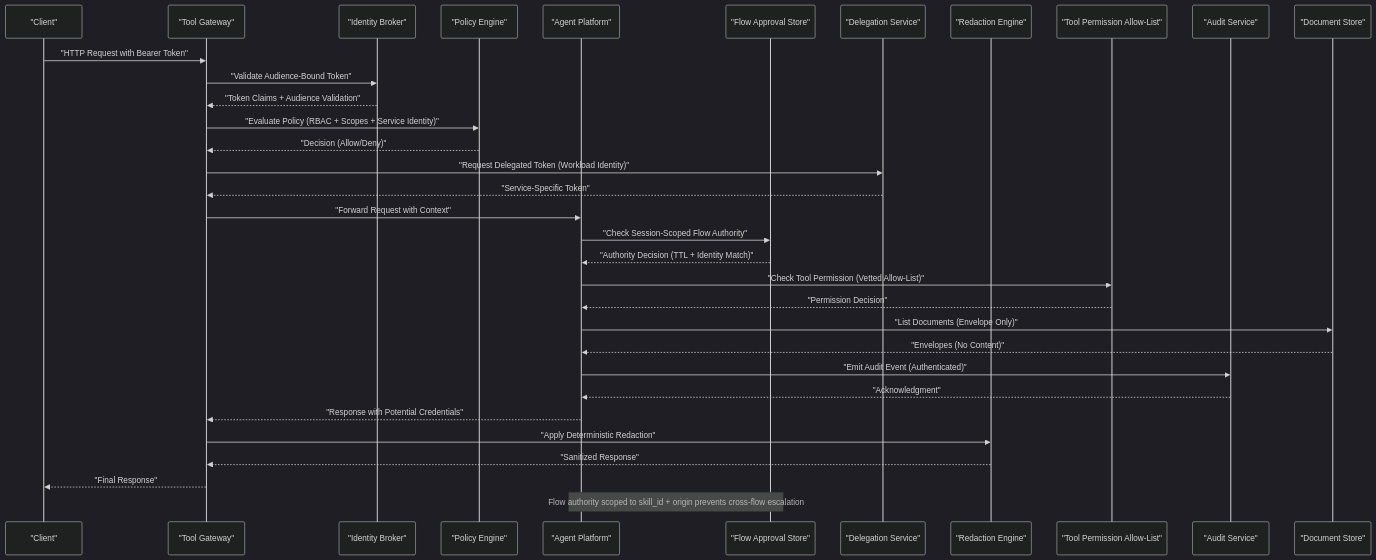
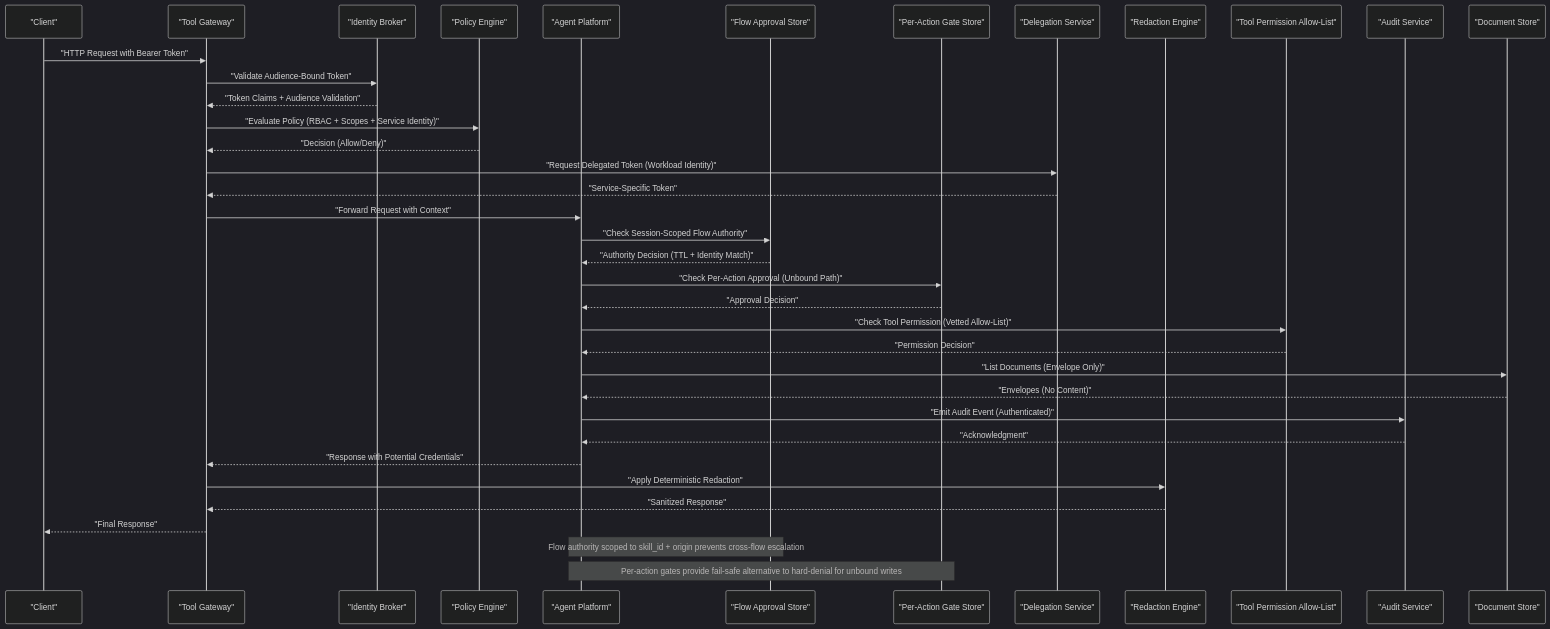
Before and after one commit to metasync/luban-aiops: the second of 12 diagrams in .qoder/repowiki/en/content/Security Guide/Security Guide.md, drawn with Mermaid (dark theme). The commit also changed other lines of this file and 24 other files, not shown here.

````diff
--- a/.qoder/repowiki/en/content/Security Guide/Security Guide.md
+++ b/.qoder/repowiki/en/content/Security Guide/Security Guide.md
@@ -153,35 +159,39 @@
 ```mermaid
 sequenceDiagram
 participant Client as "Client"
 participant Gateway as "Tool Gateway"
 participant Broker as "Identity Broker"
 participant Policy as "Policy Engine"
 participant Agent as "Agent Platform"
 participant FlowStore as "Flow Approval Store"
+participant PerAction as "Per-Action Gate Store"
 participant Delegation as "Delegation Service"
 participant Redaction as "Redaction Engine"
 participant AllowList as "Tool Permission Allow-List"
 participant AuditService as "Audit Service"
 participant DocStore as "Document Store"
 Client->>Gateway : "HTTP Request with Bearer Token"
 Gateway->>Broker : "Validate Audience-Bound Token"
 Broker-->>Gateway : "Token Claims + Audience Validation"
 Gateway->>Policy : "Evaluate Policy (RBAC + Scopes + Service Identity)"
 Policy-->>Gateway : "Decision (Allow/Deny)"
 Gateway->>Delegation : "Request Delegated Token (Workload Identity)"
 Delegation-->>Gateway : "Service-Specific Token"
 Gateway->>Agent : "Forward Request with Context"
 Agent->>FlowStore : "Check Session-Scoped Flow Authority"
 FlowStore-->>Agent : "Authority Decision (TTL + Identity Match)"
+Agent->>PerAction : "Check Per-Action Approval (Unbound Path)"
+PerAction-->>Agent : "Approval Decision"
 Agent->>AllowList : "Check Tool Permission (Vetted Allow-List)"
 AllowList-->>Agent : "Permission Decision"
 Agent->>DocStore : "List Documents (Envelope Only)"
 DocStore-->>Agent : "Envelopes (No Content)"
 Agent->>AuditService : "Emit Audit Event (Authenticated)"
 AuditService-->>Agent : "Acknowledgment"
 Agent-->>Gateway : "Response with Potential Credentials"
 Gateway->>Redaction : "Apply Deterministic Redaction"
 Redaction-->>Gateway : "Sanitized Response"
 Gateway-->>Client : "Final Response"
 Note over Agent,FlowStore : Flow authority scoped to skill_id + origin prevents cross-flow escalation
+Note over Agent,PerAction : Per-action gates provide fail-safe alternative to hard-denial for unbound writes
 ```
````
